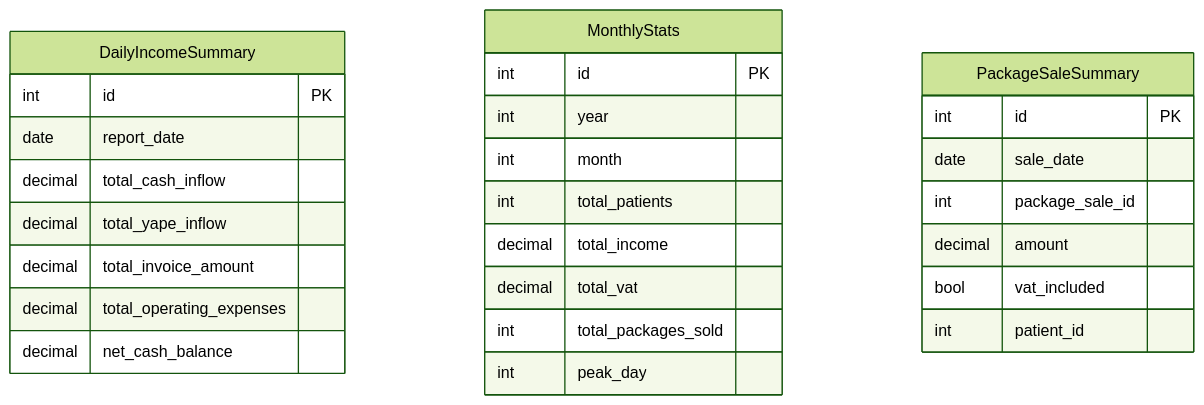
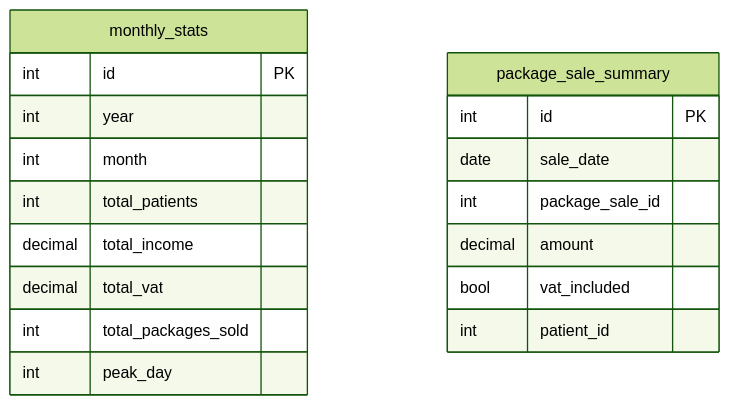
Before and after one commit to KODA-pe/architecture-docs: the diagram in databases/report-service-db.md, drawn with Mermaid (forest theme).

Commit message:
fix: fix table  names on report-service

````diff
--- a/databases/report-service-db.md
+++ b/databases/report-service-db.md
@@ -4,32 +4,22 @@
 ```mermaid
 erDiagram
-    DailyIncomeSummary {
-        int id PK
-        date report_date
-        decimal total_cash_inflow
-        decimal total_yape_inflow
-        decimal total_invoice_amount
-        decimal total_operating_expenses
-        decimal net_cash_balance
-    }
-
-    MonthlyStats {
+    monthly_stats {
         int id PK
         int year
         int month
         int total_patients
         decimal total_income
         decimal total_vat
         int total_packages_sold
         int peak_day
     }
 
-    PackageSaleSummary {
+    package_sale_summary {
         int id PK
         date sale_date
         int package_sale_id
         decimal amount
         bool vat_included
         int patient_id
     }
 ```
````
